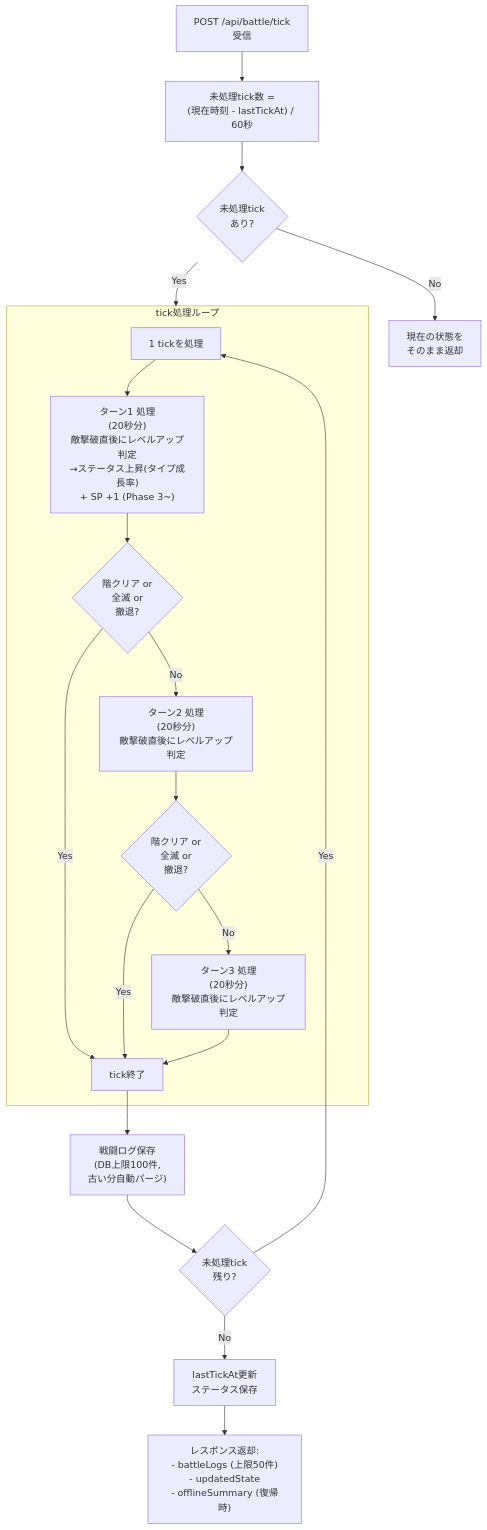
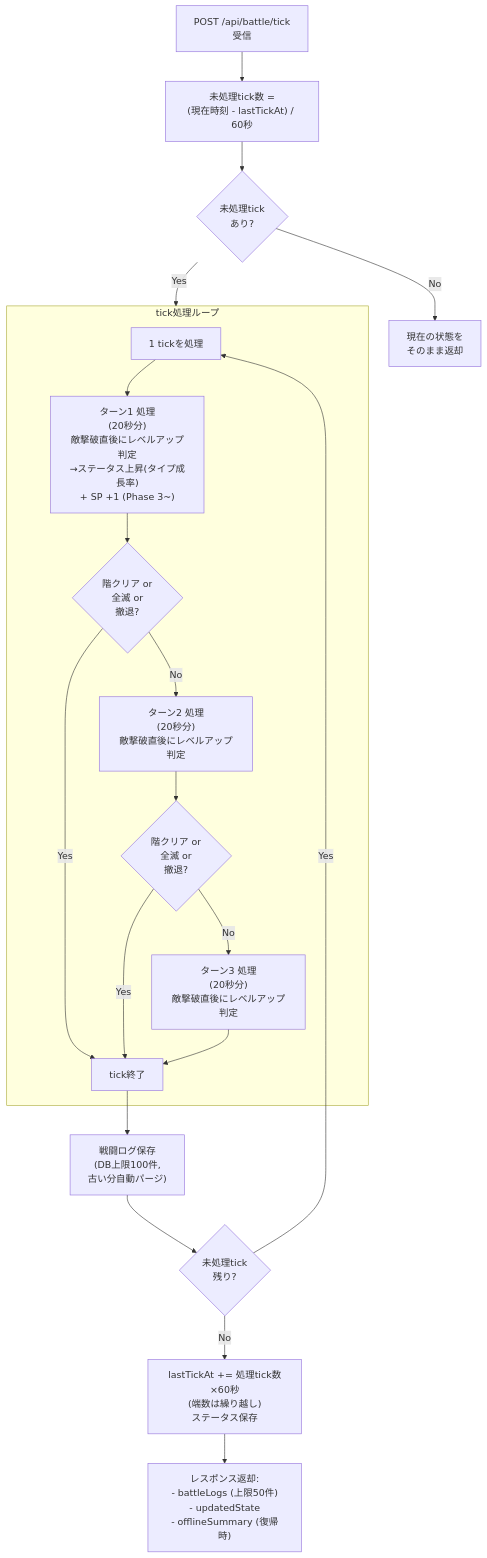
The second of 2 diagrams in diagrams/battle_flow/overview.md (dateeee/2026_AFKGAME), drawn with Mermaid before and after one commit. The commit also changed 4 other files, not shown here.

````diff
--- a/diagrams/battle_flow/overview.md
+++ b/diagrams/battle_flow/overview.md
@@ -61,31 +61,31 @@
 ```mermaid
 %%{init: {'theme': 'default', 'themeVariables': {'fontSize': '16px'}} }%%
 flowchart TD
     API["POST /api/battle/tick\n受信"] --> CalcTicks["未処理tick数 =\n(現在時刻 - lastTickAt) / 60秒"]
 
     CalcTicks --> HasTicks{"未処理tick\nあり?"}
     HasTicks -->|No| Return["現在の状態を\nそのまま返却"]
     HasTicks -->|Yes| TickLoop
 
     subgraph TickLoop["tick処理ループ"]
         ProcessTick["1 tickを処理"]
         ProcessTick --> T1["ターン1 処理\n(20秒分)\n敵撃破直後にレベルアップ判定\n→ステータス上昇(タイプ成長率)\n+ SP +1 (Phase 3~)"]
         T1 --> T1Result{"階クリア or\n全滅 or\n撤退?"}
         T1Result -->|No| T2["ターン2 処理\n(20秒分)\n敵撃破直後にレベルアップ判定"]
         T1Result -->|Yes| TickEnd
 
         T2 --> T2Result{"階クリア or\n全滅 or\n撤退?"}
         T2Result -->|No| T3["ターン3 処理\n(20秒分)\n敵撃破直後にレベルアップ判定"]
         T2Result -->|Yes| TickEnd
 
         T3 --> TickEnd["tick終了"]
     end
 
     TickEnd --> LogSave["戦闘ログ保存\n(DB上限100件,\n古い分自動パージ)"]
 
     LogSave --> MoreTicks{"未処理tick\n残り?"}
     MoreTicks -->|Yes| ProcessTick
-    MoreTicks -->|No| UpdateDB["lastTickAt更新\nステータス保存"]
+    MoreTicks -->|No| UpdateDB["lastTickAt += 処理tick数×60秒\n(端数は繰り越し)\nステータス保存"]
 
     UpdateDB --> Response["レスポンス返却:\n- battleLogs (上限50件)\n- updatedState\n- offlineSummary (復帰時)"]
 ```
````
